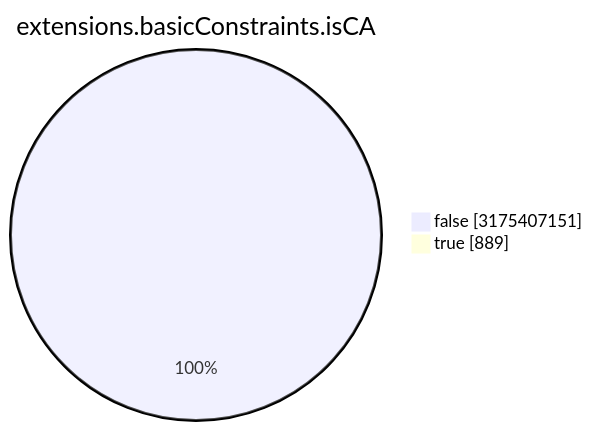
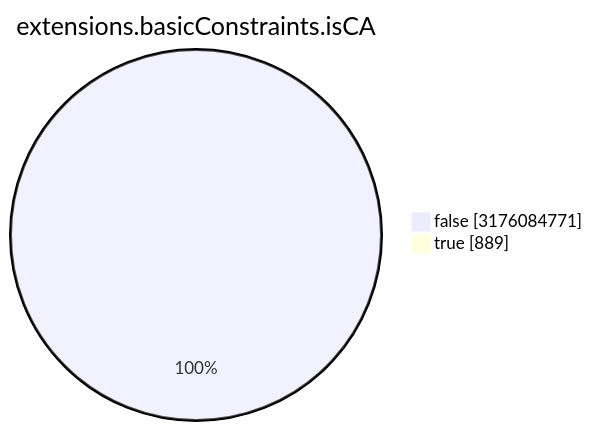
Before and after one commit to christiankrug/ctmonitor_visualization: the seventh of 15 diagrams in TOTAL/README.md, drawn with Mermaid. The commit also changed other lines of this file, not shown here.

````diff
--- a/TOTAL/README.md
+++ b/TOTAL/README.md
@@ -3088,6 +3088,6 @@
 ```mermaid
 pie showData
 title extensions.basicConstraints.isCA
-"false" :3175407151
+"false" :3176084771
 "true" :889
 ```
````
